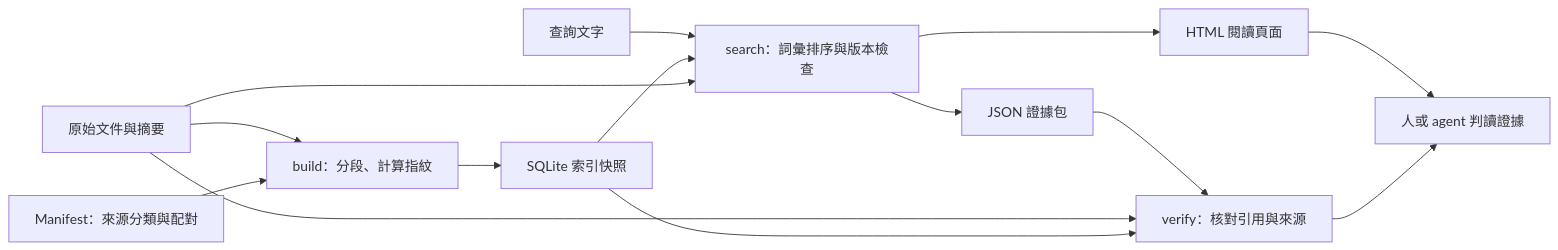
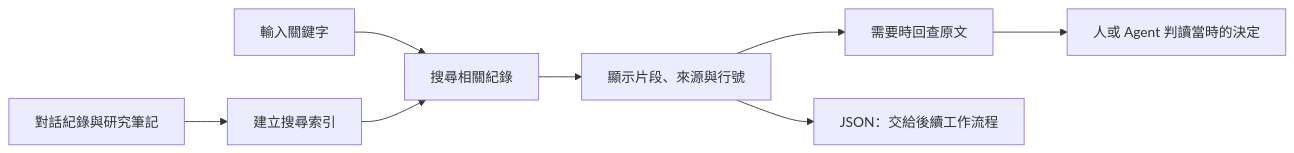
The first of 2 diagrams in README.md (minxinchen/context-recall-lab), drawn with Mermaid before and after one commit. The commit also changed other lines of this file and 1 other file, not shown here.

````diff
--- a/README.md
+++ b/README.md
@@ -93,16 +32,10 @@
 ```mermaid
 flowchart LR
-  F["原始文件與摘要"] --> B["build：分段、計算指紋"]
-  M["Manifest：來源分類與配對"] --> B
-  B --> D["SQLite 索引快照"]
-  Q["查詢文字"] --> S["search：詞彙排序與版本檢查"]
-  D --> S
-  F --> S
-  S --> P["JSON 證據包"]
-  S --> H["HTML 閱讀頁面"]
-  H --> U["人或 agent 判讀證據"]
-  P --> V["verify：核對引用與來源"]
-  F --> V
-  D --> V
-  V --> U
+  F["對話紀錄與研究筆記"] --> B["建立搜尋索引"]
+  Q["輸入關鍵字"] --> S["搜尋相關紀錄"]
+  B --> S
+  S --> R["顯示片段、來源與行號"]
+  R --> O["需要時回查原文"]
+  O --> U["人或 Agent 判讀當時的決定"]
+  R --> J["JSON：交給後續工作流程"]
 ```
````
